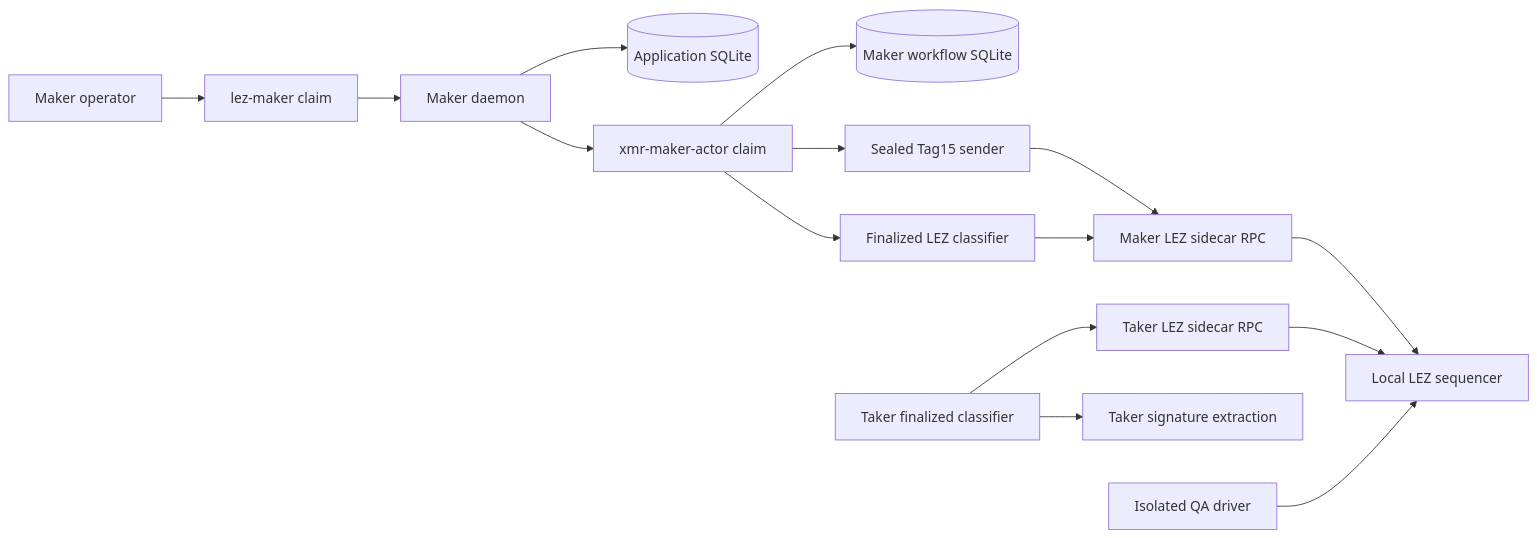
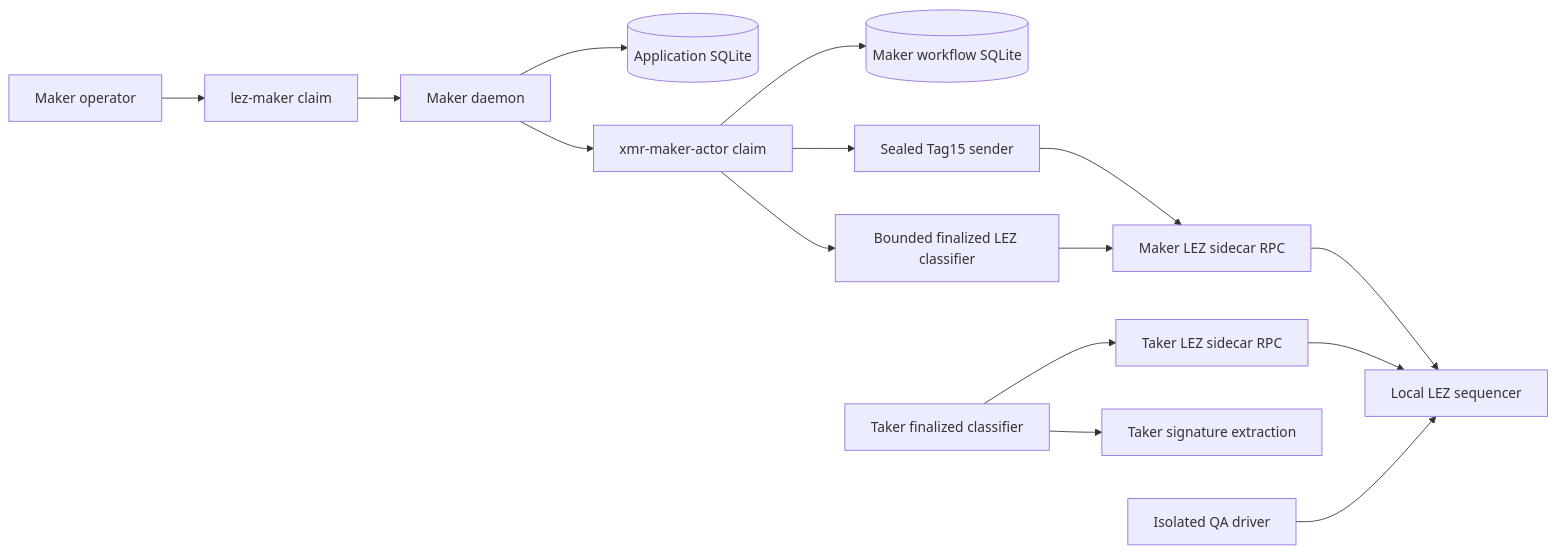
Before and after one commit to gateway-fm/lez-atomic-swaps: the first of 2 diagrams in docs/architecture/0196-recover-maker-tag15-after-process-kill.md, drawn with Mermaid. The commit also changed other lines of this file and 6 other files, not shown here.

````diff
--- a/docs/architecture/0196-recover-maker-tag15-after-process-kill.md
+++ b/docs/architecture/0196-recover-maker-tag15-after-process-kill.md
@@ -39,17 +44,17 @@
 ```mermaid
 flowchart LR
     User[Maker operator] --> CLI[lez-maker claim]
     CLI --> Daemon[Maker daemon]
     Daemon --> Store[(Application SQLite)]
     Daemon --> Actor[xmr-maker-actor claim]
     Actor --> Journal[(Maker workflow SQLite)]
     Actor --> Sender[Sealed Tag15 sender]
     Sender --> MakerSidecar[Maker LEZ sidecar RPC]
     MakerSidecar --> Sequencer[Local LEZ sequencer]
-    Actor --> Observer[Finalized LEZ classifier]
+    Actor --> Observer[Bounded finalized LEZ classifier]
     Observer --> MakerSidecar
     TakerObserver[Taker finalized classifier] --> TakerSidecar[Taker LEZ sidecar RPC]
     TakerSidecar --> Sequencer
     TakerObserver --> Extractor[Taker signature extraction]
     Runner[Isolated QA driver] --> Sequencer
 ```
````
